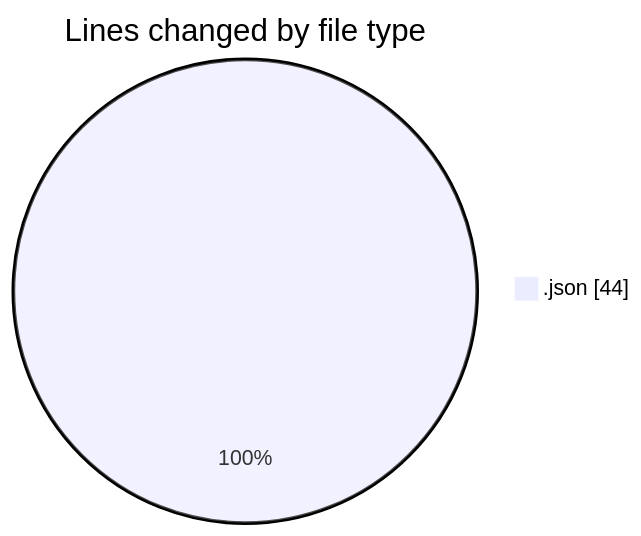
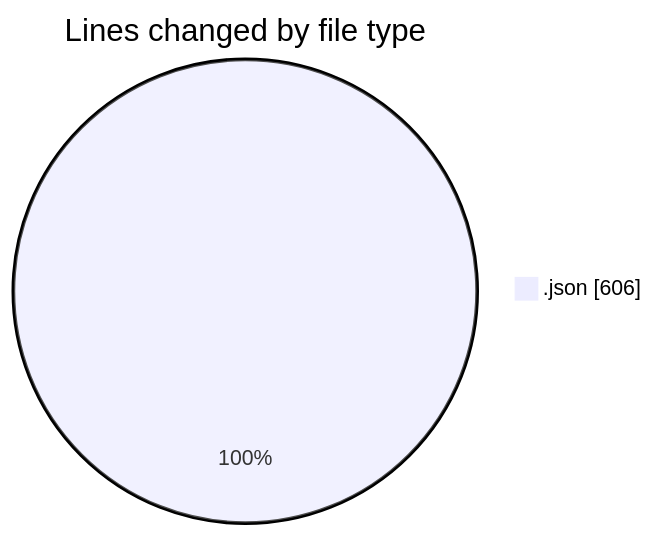
One commit to EIIisD/code-tracking changed the first of 2 diagrams in 2025-07-10/ribbon/README.md. Above: the diagram before and after it, drawn with Mermaid. The commit also changed other lines of this file and 1 other file, not shown here.

````diff
--- a/2025-07-10/ribbon/README.md
+++ b/2025-07-10/ribbon/README.md
@@ -20,5 +21,5 @@
 ```mermaid
 pie showData
 title Lines changed by file type
-".json" : 44
+".json" : 606
 ```
````
